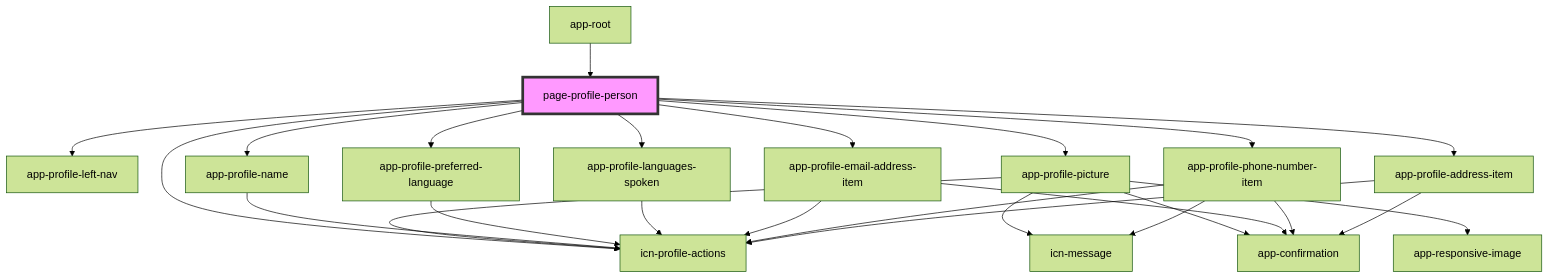
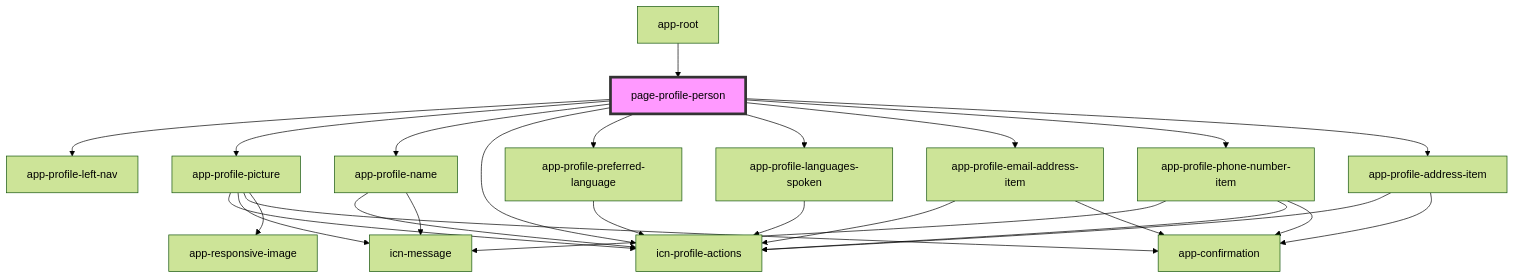
One commit to lokheed/IconEventNetwork.Web changed the diagram in iconeventnetwork-web/src/components/pages/page-profile-person/readme.md. Above: the diagram before and after it, drawn with Mermaid (forest theme). The commit also changed 6 other files, not shown here.

Commit message:
Error message formatting and other UX for name

````diff
--- a/iconeventnetwork-web/src/components/pages/page-profile-person/readme.md
+++ b/iconeventnetwork-web/src/components/pages/page-profile-person/readme.md
@@ -27,28 +27,29 @@
 ```mermaid
 graph TD;
   page-profile-person --> app-profile-left-nav
   page-profile-person --> app-profile-picture
   page-profile-person --> app-profile-name
   page-profile-person --> icn-profile-actions
   page-profile-person --> app-profile-preferred-language
   page-profile-person --> app-profile-languages-spoken
   page-profile-person --> app-profile-email-address-item
   page-profile-person --> app-profile-phone-number-item
   page-profile-person --> app-profile-address-item
   app-profile-picture --> icn-profile-actions
   app-profile-picture --> icn-message
   app-profile-picture --> app-confirmation
   app-profile-picture --> app-responsive-image
   app-profile-name --> icn-profile-actions
+  app-profile-name --> icn-message
   app-profile-preferred-language --> icn-profile-actions
   app-profile-languages-spoken --> icn-profile-actions
   app-profile-email-address-item --> icn-profile-actions
   app-profile-email-address-item --> app-confirmation
   app-profile-phone-number-item --> icn-message
   app-profile-phone-number-item --> icn-profile-actions
   app-profile-phone-number-item --> app-confirmation
   app-profile-address-item --> icn-profile-actions
   app-profile-address-item --> app-confirmation
   app-root --> page-profile-person
   style page-profile-person fill:#f9f,stroke:#333,stroke-width:4px
 ```
````
